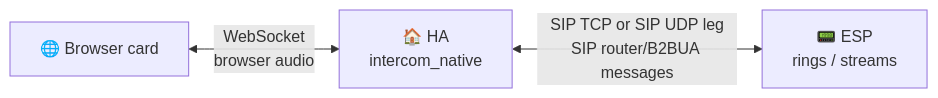
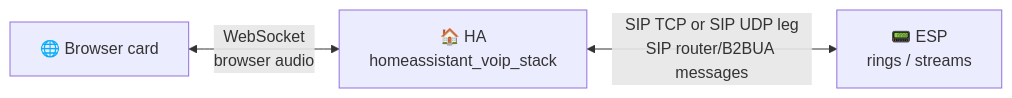
One commit to csfrussa/esphome-intercom changed the second of 6 diagrams in README.md. Above: the diagram before and after it, drawn with Mermaid. The commit also changed other lines of this file and 276 other files, not shown here.

Commit message:
Rename intercom stacks to VoIP stack

````diff
--- a/README.md
+++ b/README.md
@@ -1174,5 +1174,5 @@
 ```mermaid
 flowchart LR
-    Card["🌐 Browser card"] <-->|"WebSocket<br/>browser audio"| HA["🏠 HA<br/>intercom_native"]
+    Card["🌐 Browser card"] <-->|"WebSocket<br/>browser audio"| HA["🏠 HA<br/>homeassistant_voip_stack"]
     HA <-->|"SIP TCP or SIP UDP leg<br/>SIP router/B2BUA messages"| ESP["📟 ESP<br/>rings / streams"]
 ```
````
